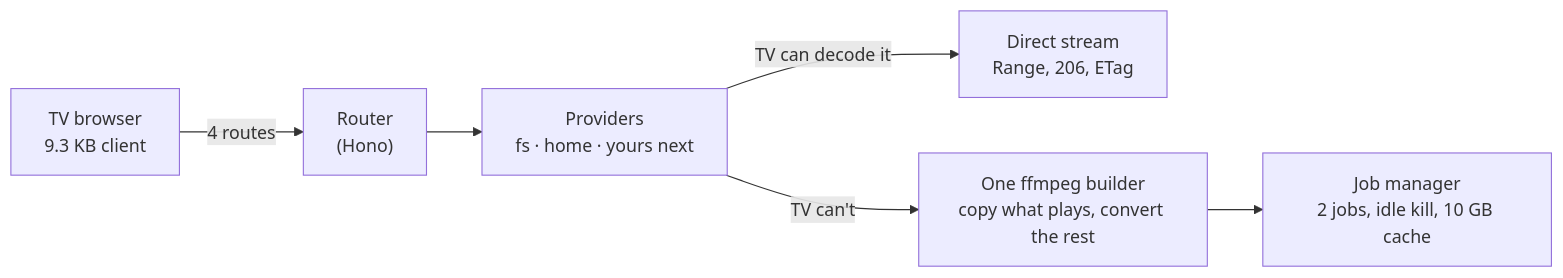
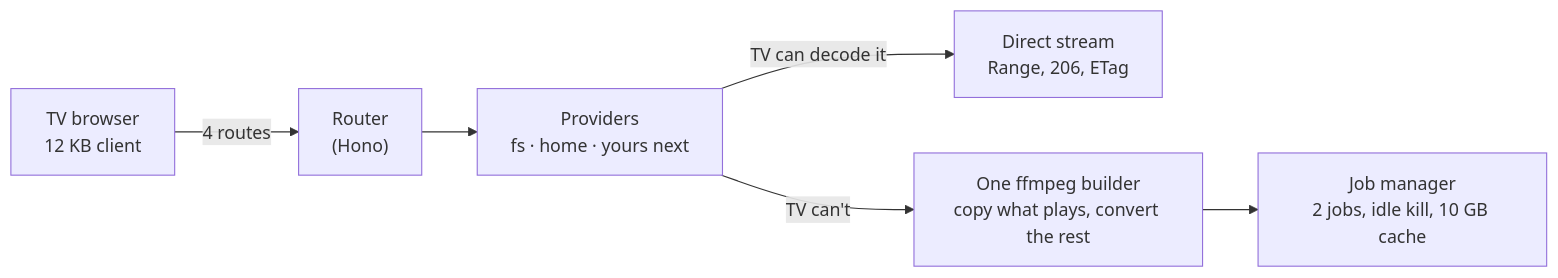
Before and after one commit to bully911210/homecast: the diagram in README.md, drawn with Mermaid. The commit also changed other lines of this file and 27 other files, not shown here.

````diff
--- a/README.md
+++ b/README.md
@@ -60,8 +61,8 @@
 ```mermaid
 flowchart LR
-  TV["TV browser<br/>9.3 KB client"] -- "4 routes" --> R["Router<br/>(Hono)"]
+  TV["TV browser<br/>12 KB client"] -- "4 routes" --> R["Router<br/>(Hono)"]
   R --> P["Providers<br/>fs · home · yours next"]
   P -- "TV can decode it" --> D["Direct stream<br/>Range, 206, ETag"]
   P -- "TV can't" --> H["One ffmpeg builder<br/>copy what plays, convert the rest"]
   H --> J["Job manager<br/>2 jobs, idle kill, 10 GB cache"]
 ```
````
